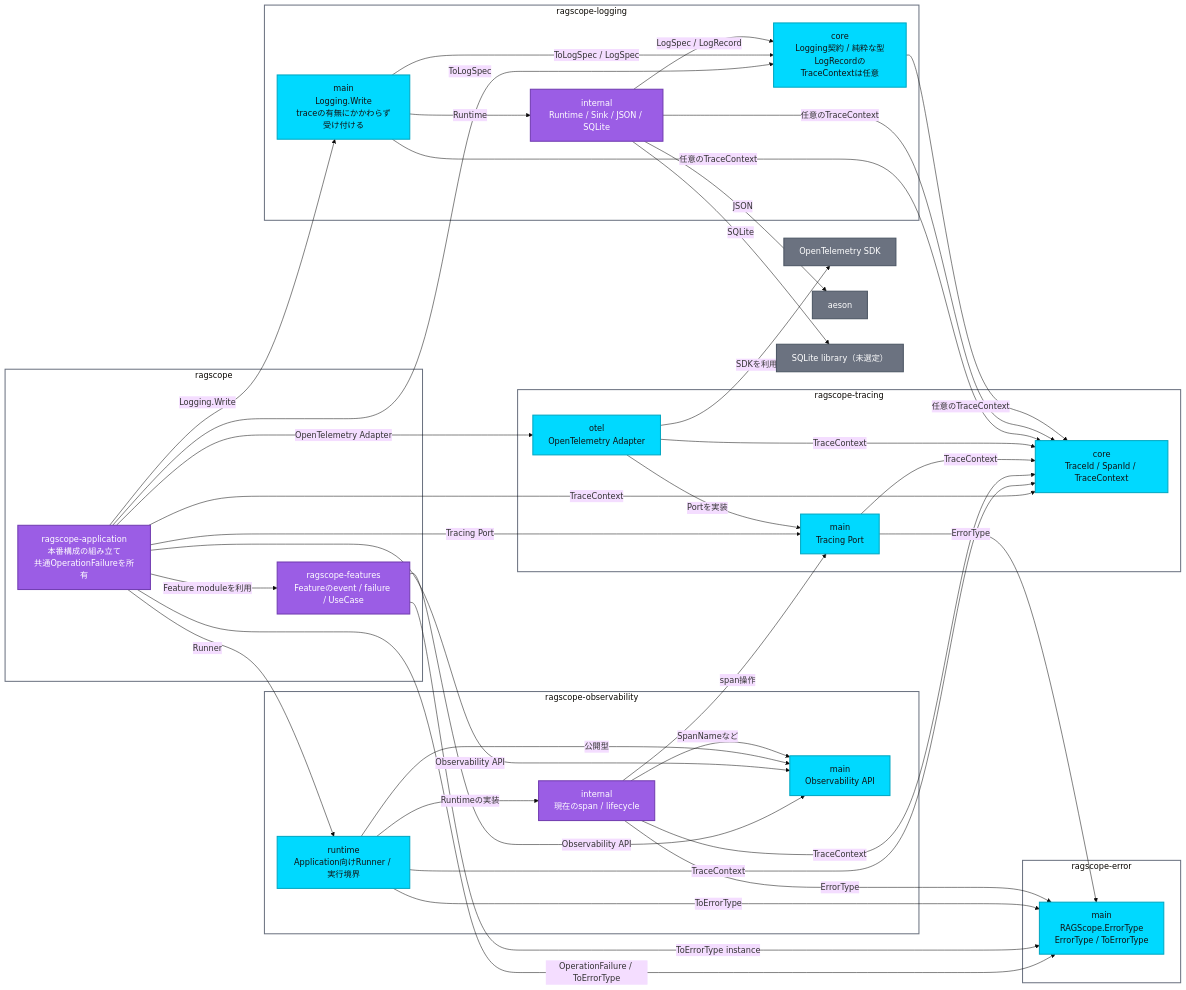
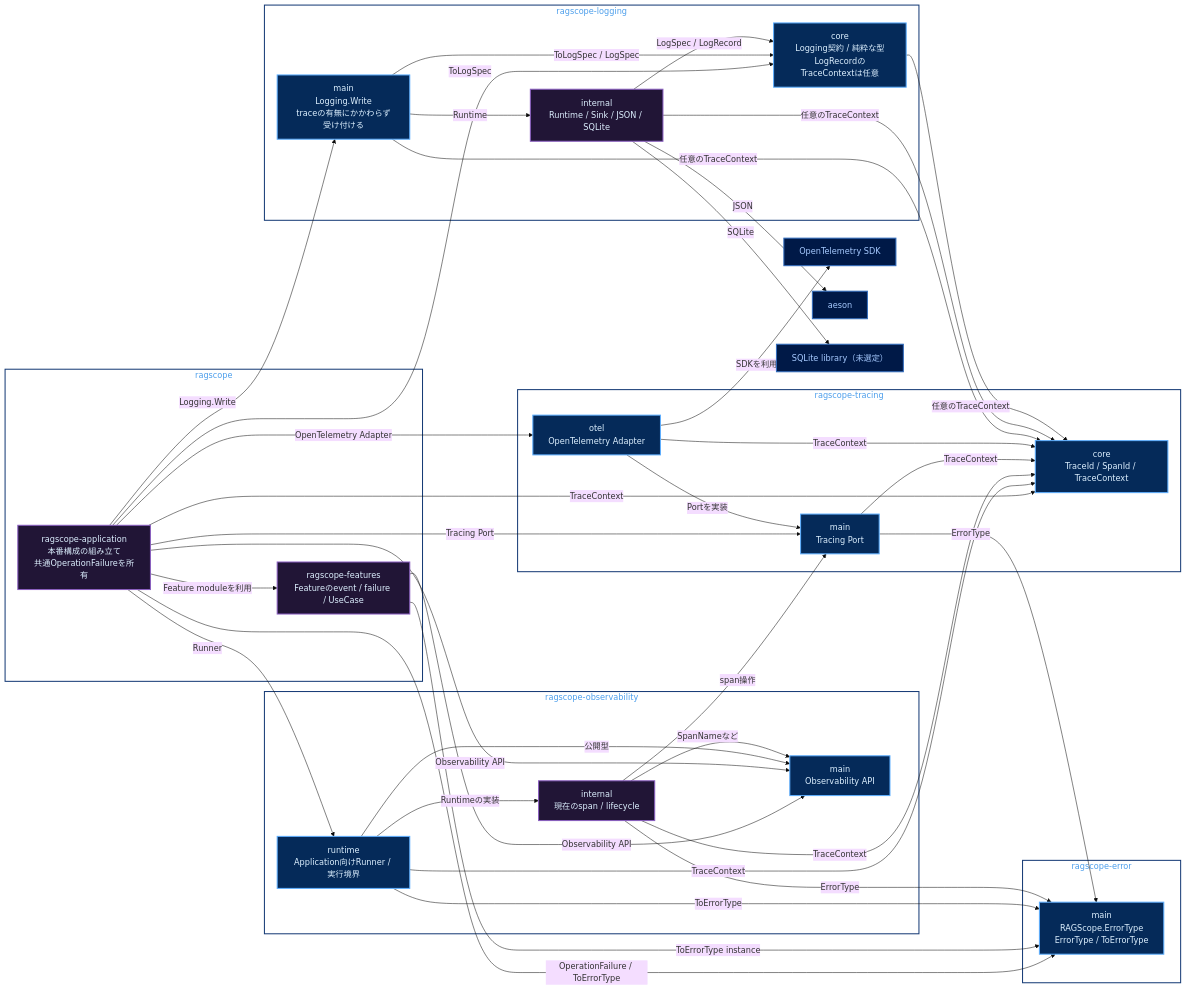
Before and after one commit to takashit16833/Workbench: the diagram in Notes/RAGScope/RAGScopeアプリケーション/実行追跡・構造化ログ静的依存図.md, drawn with Mermaid (base theme). The commit also changed other lines of this file, not shown here.

Commit message:
docs: tune dependency diagram palette for Retro Hacker Blue

````diff
--- a/Notes/RAGScope/RAGScopeアプリケーション/実行追跡・構造化ログ静的依存図.md
+++ b/Notes/RAGScope/RAGScopeアプリケーション/実行追跡・構造化ログ静的依存図.md
@@ -93,17 +93,17 @@
     log_internal -->|SQLite| sqlite_lib
     log_core -->|任意のTraceContext| trace_core
 
-    classDef public fill:#00D9FF,stroke:#00A7C2,color:#111111,stroke-width:2px
-    classDef private fill:#9B5DE5,stroke:#713CB0,color:#FFFFFF,stroke-width:2px
-    classDef external fill:#6B7280,stroke:#4B5563,color:#FFFFFF,stroke-width:2px
+    classDef public fill:#052A59,stroke:#5EAFFF,color:#DDF0FF,stroke-width:2px
+    classDef private fill:#211536,stroke:#8A5EC0,color:#DDF0FF,stroke-width:2px
+    classDef external fill:#001947,stroke:#316CBD,color:#A6CAFF,stroke-width:2px
 
     class error_main,obs_main,obs_runtime,trace_main,trace_otel,trace_core,log_core,log_main public
     class features,application,obs_internal,log_internal private
     class otel_sdk,aeson,sqlite_lib external
 
-    style pkg_ragscope fill:transparent,stroke:#6B7280,stroke-width:2px
-    style pkg_error fill:transparent,stroke:#6B7280,stroke-width:2px
-    style pkg_obs fill:transparent,stroke:#6B7280,stroke-width:2px
-    style pkg_tracing fill:transparent,stroke:#6B7280,stroke-width:2px
-    style pkg_logging fill:transparent,stroke:#6B7280,stroke-width:2px
+    style pkg_ragscope fill:transparent,stroke:#153A75,color:#4C9EEB,stroke-width:2px
+    style pkg_error fill:transparent,stroke:#153A75,color:#4C9EEB,stroke-width:2px
+    style pkg_obs fill:transparent,stroke:#153A75,color:#4C9EEB,stroke-width:2px
+    style pkg_tracing fill:transparent,stroke:#153A75,color:#4C9EEB,stroke-width:2px
+    style pkg_logging fill:transparent,stroke:#153A75,color:#4C9EEB,stroke-width:2px
 ```
````
